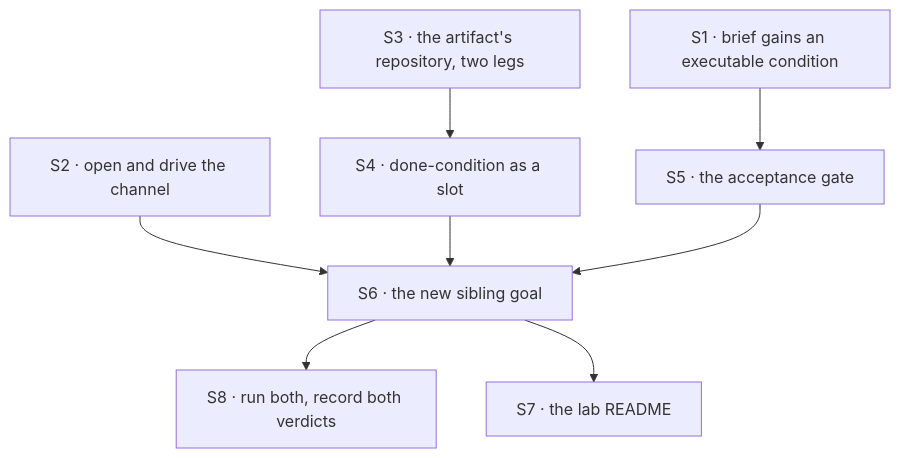
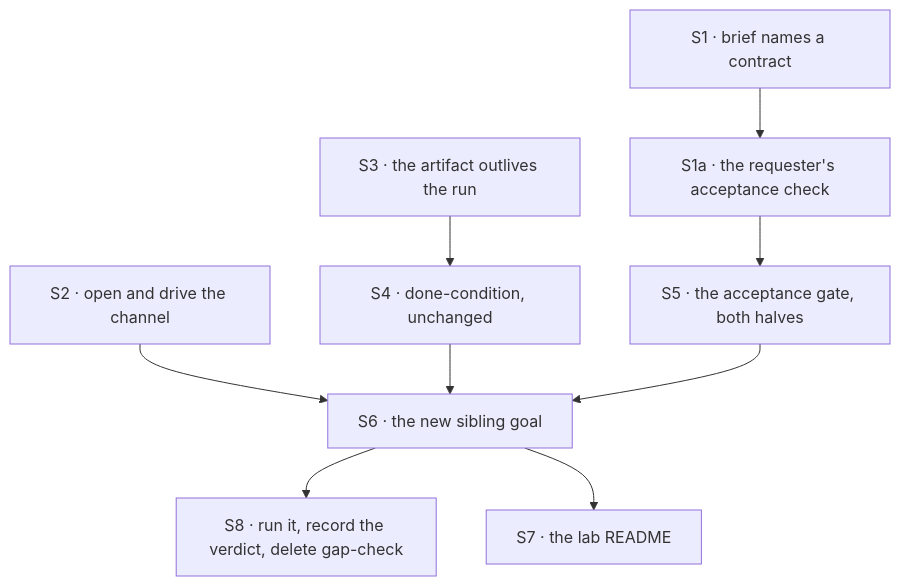
The diagram in specs/issues/FIX-1496/PLAN.md (fixpoint-labs/flow-state-dev), drawn with Mermaid before and after one commit. The commit also changed other lines of this file and 7 other files, not shown here.

````diff
--- a/specs/issues/FIX-1496/PLAN.md
+++ b/specs/issues/FIX-1496/PLAN.md
@@ -28,10 +29,11 @@
 ```mermaid
 flowchart TD
-  S1["S1 · brief gains an executable condition"] --> S5["S5 · the acceptance gate"]
+  S1["S1 · brief names a contract"] --> S1A["S1a · the requester's acceptance check"]
+  S1A --> S5["S5 · the acceptance gate, both halves"]
   S2["S2 · open and drive the channel"] --> S6["S6 · the new sibling goal"]
-  S3["S3 · the artifact's repository, two legs"] --> S4["S4 · done-condition as a slot"]
+  S3["S3 · the artifact outlives the run"] --> S4["S4 · done-condition, unchanged"]
   S4 --> S6
   S5 --> S6
-  S6 --> S8["S8 · run both, record both verdicts"]
+  S6 --> S8["S8 · run it, record the verdict, delete gap-check"]
   S6 --> S7["S7 · the lab README"]
 ```
````
